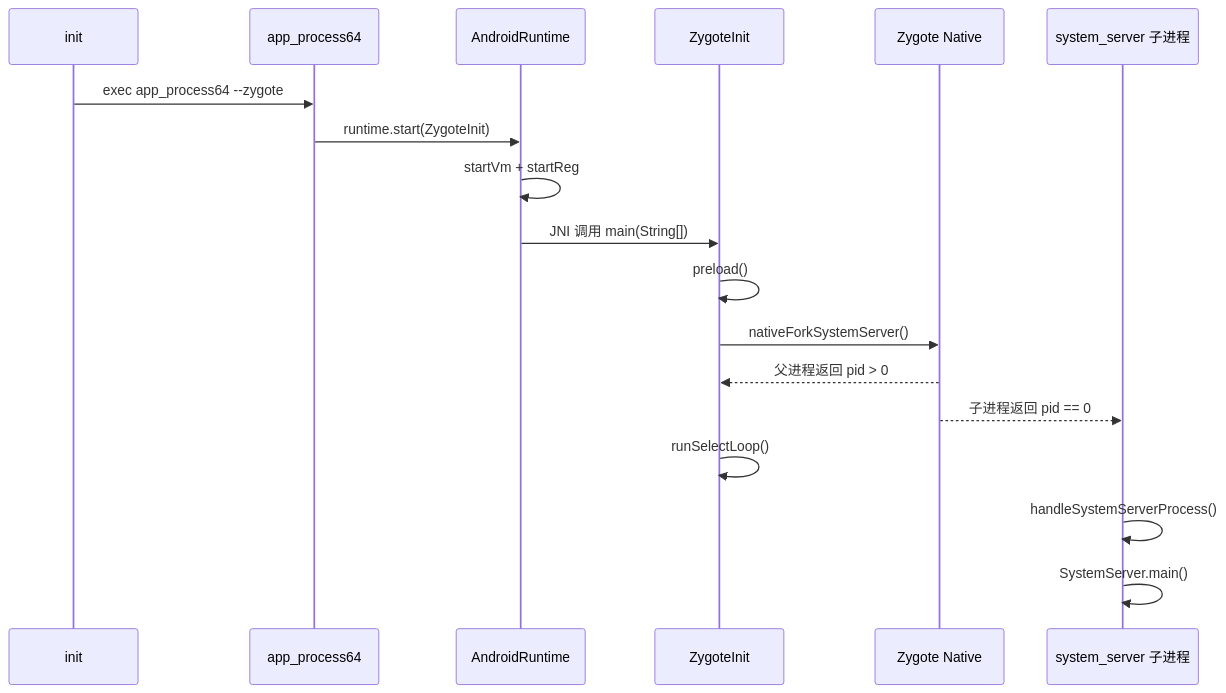
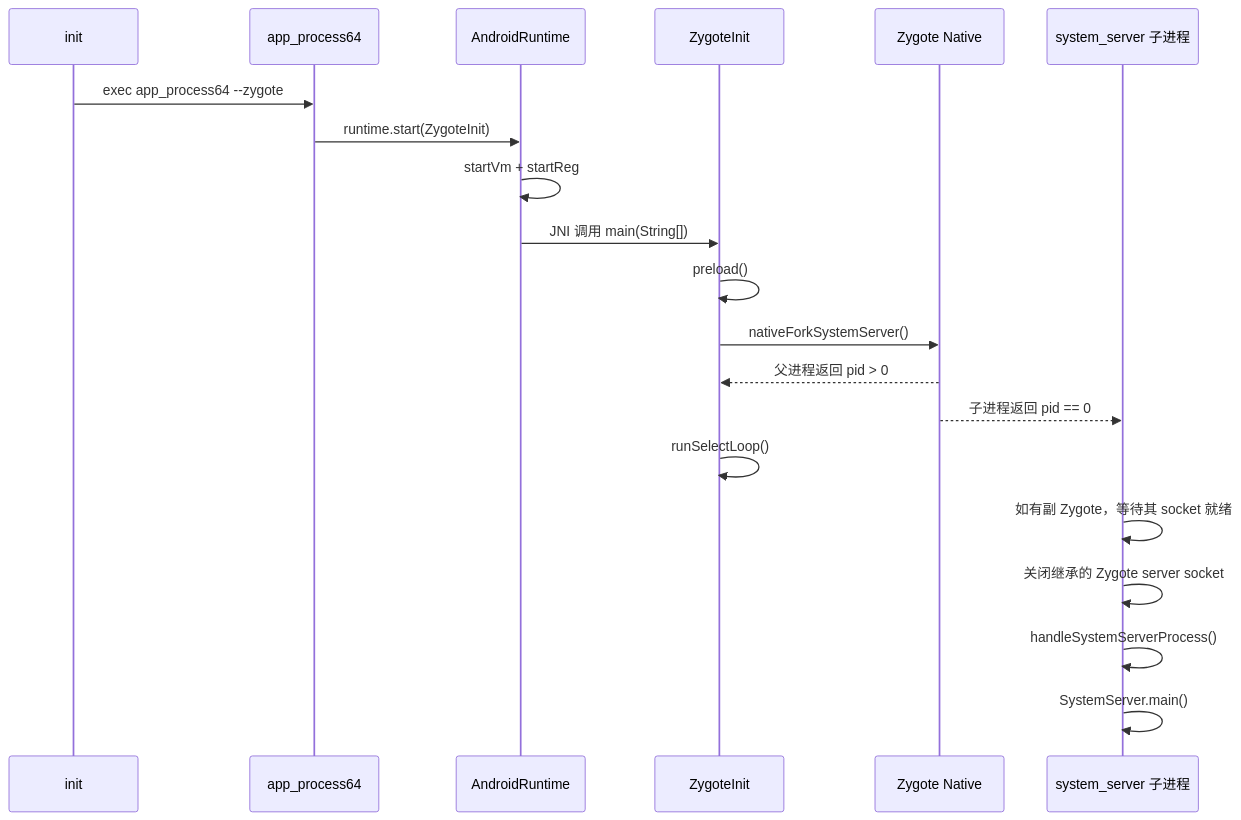
One commit to junyingzhao001/StudyNotes changed the fourth of 4 diagrams in Android源码学习/05-Zygote启动与应用孵化.md. Above: the diagram before and after it, drawn with Mermaid. The commit also changed other lines of this file and 617 other files, not shown here.

````diff
--- a/Android源码学习/05-Zygote启动与应用孵化.md
+++ b/Android源码学习/05-Zygote启动与应用孵化.md
@@ -399,21 +410,23 @@
 ```mermaid
 sequenceDiagram
     participant Init as init
     participant AP as app_process64
     participant AR as AndroidRuntime
     participant ZI as ZygoteInit
     participant Native as Zygote Native
     participant SS as system_server 子进程
 
     Init->>AP: exec app_process64 --zygote
     AP->>AR: runtime.start(ZygoteInit)
     AR->>AR: startVm + startReg
     AR->>ZI: JNI 调用 main(String[])
     ZI->>ZI: preload()
     ZI->>Native: nativeForkSystemServer()
     Native-->>ZI: 父进程返回 pid > 0
     Native-->>SS: 子进程返回 pid == 0
     ZI->>ZI: runSelectLoop()
+    SS->>SS: 如有副 Zygote，等待其 socket 就绪
+    SS->>SS: 关闭继承的 Zygote server socket
     SS->>SS: handleSystemServerProcess()
     SS->>SS: SystemServer.main()
 ```
````
